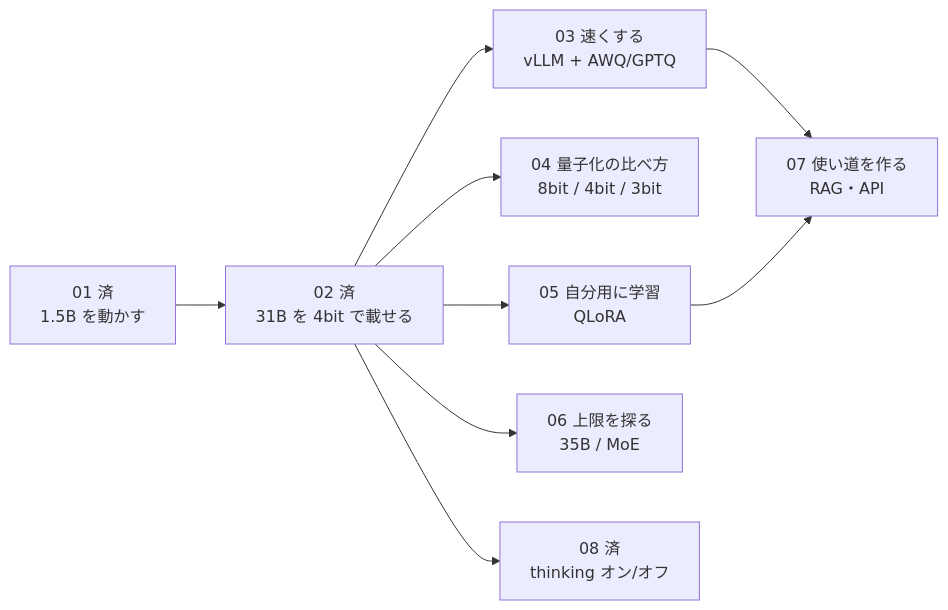
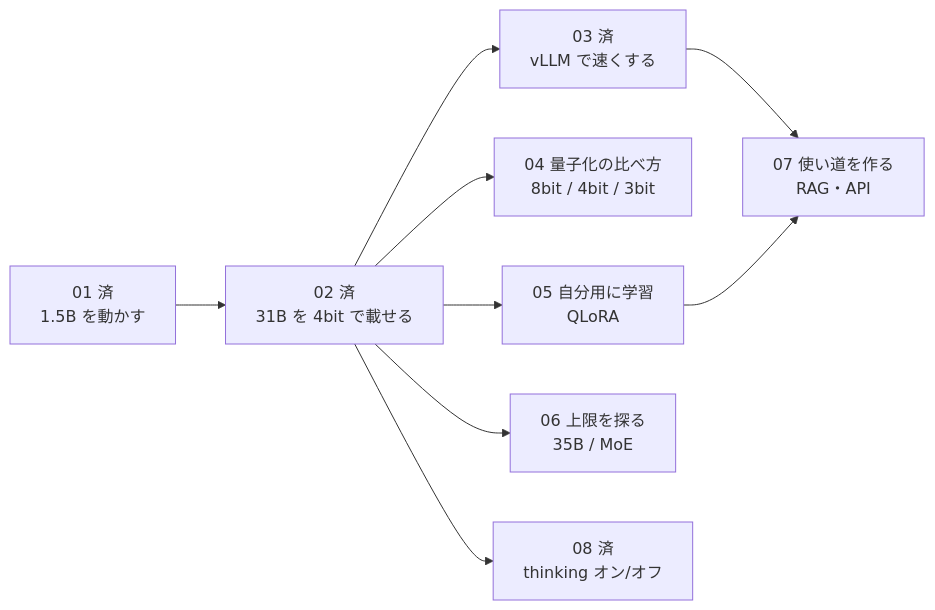
Before and after one commit to moruku36/colab-oss-lab: the diagram in docs/next-experiments.md, drawn with Mermaid. The commit also changed other lines of this file and 3 other files, not shown here.

````diff
--- a/docs/next-experiments.md
+++ b/docs/next-experiments.md
@@ -6,11 +6,11 @@
 ```mermaid
 flowchart LR
     E01["01 済<br/>1.5B を動かす"] --> E02["02 済<br/>31B を 4bit で載せる"]
-    E02 --> A["03 速くする<br/>vLLM + AWQ/GPTQ"]
+    E02 --> A["03 済<br/>vLLM で速くする"]
     E02 --> B["04 量子化の比べ方<br/>8bit / 4bit / 3bit"]
     E02 --> C["05 自分用に学習<br/>QLoRA"]
     E02 --> D["06 上限を探る<br/>35B / MoE"]
     E02 --> G["08 済<br/>thinking オン/オフ"]
     A --> F["07 使い道を作る<br/>RAG・API"]
     C --> F
 ```
````
